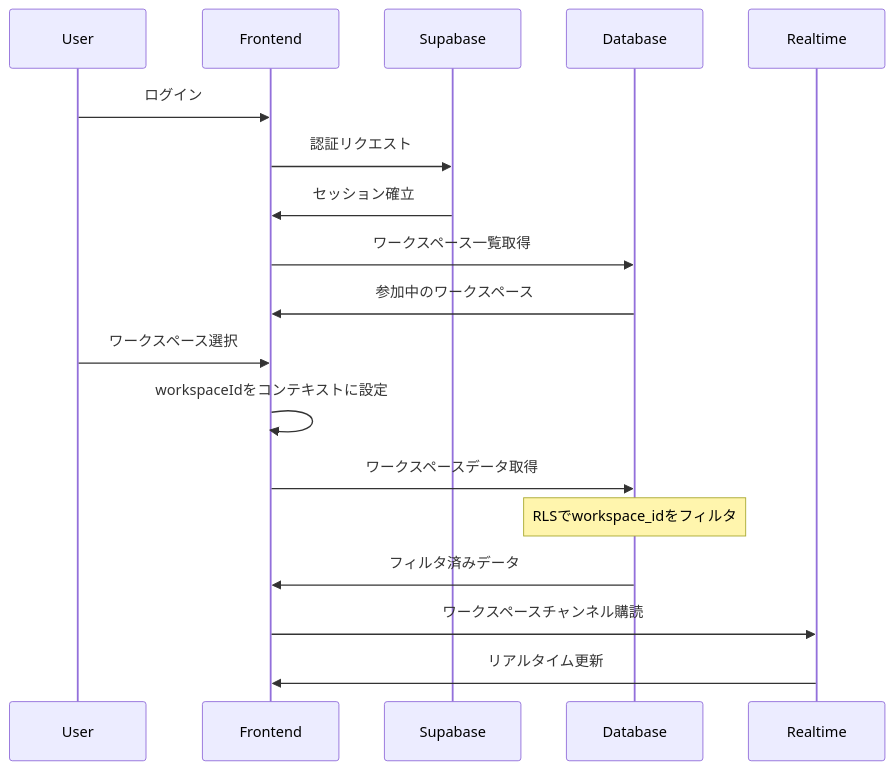
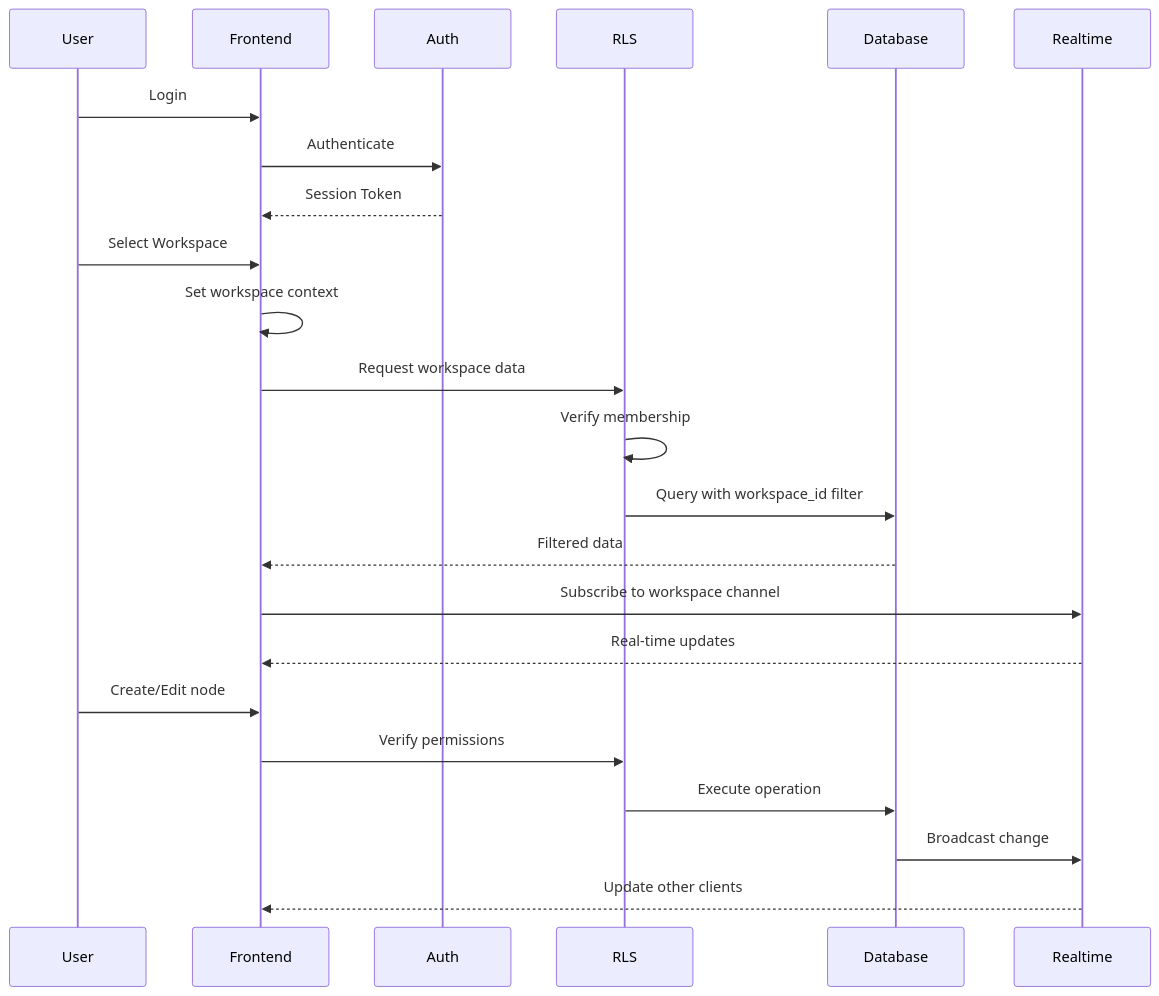
The second of 4 diagrams in temp/design.md (office-sanmarlok/ParallelLean), drawn with Mermaid before and after one commit. The commit also changed other lines of this file and 1 other file, not shown here.

````diff
--- a/temp/design.md
+++ b/temp/design.md
@@ -43,25 +64,30 @@
 ```mermaid
 sequenceDiagram
-    participant U as User
-    participant F as Frontend
-    participant S as Supabase
-    participant DB as Database
-    participant RT as Realtime
+    participant User
+    participant Frontend
+    participant Auth
+    participant RLS
+    participant Database
+    participant Realtime
 
-    U->>F: ログイン
-    F->>S: 認証リクエスト
-    S->>F: セッション確立
+    User->>Frontend: Login
+    Frontend->>Auth: Authenticate
+    Auth-->>Frontend: Session Token
     
-    F->>DB: ワークスペース一覧取得
-    DB->>F: 参加中のワークスペース
+    User->>Frontend: Select Workspace
+    Frontend->>Frontend: Set workspace context
     
-    U->>F: ワークスペース選択
-    F->>F: workspaceIdをコンテキストに設定
+    Frontend->>RLS: Request workspace data
+    RLS->>RLS: Verify membership
+    RLS->>Database: Query with workspace_id filter
+    Database-->>Frontend: Filtered data
     
-    F->>DB: ワークスペースデータ取得
-    Note over DB: RLSでworkspace_idをフィルタ
-    DB->>F: フィルタ済みデータ
+    Frontend->>Realtime: Subscribe to workspace channel
+    Realtime-->>Frontend: Real-time updates
     
-    F->>RT: ワークスペースチャンネル購読
-    RT->>F: リアルタイム更新
+    User->>Frontend: Create/Edit node
+    Frontend->>RLS: Verify permissions
+    RLS->>Database: Execute operation
+    Database->>Realtime: Broadcast change
+    Realtime-->>Frontend: Update other clients
 ```
````
